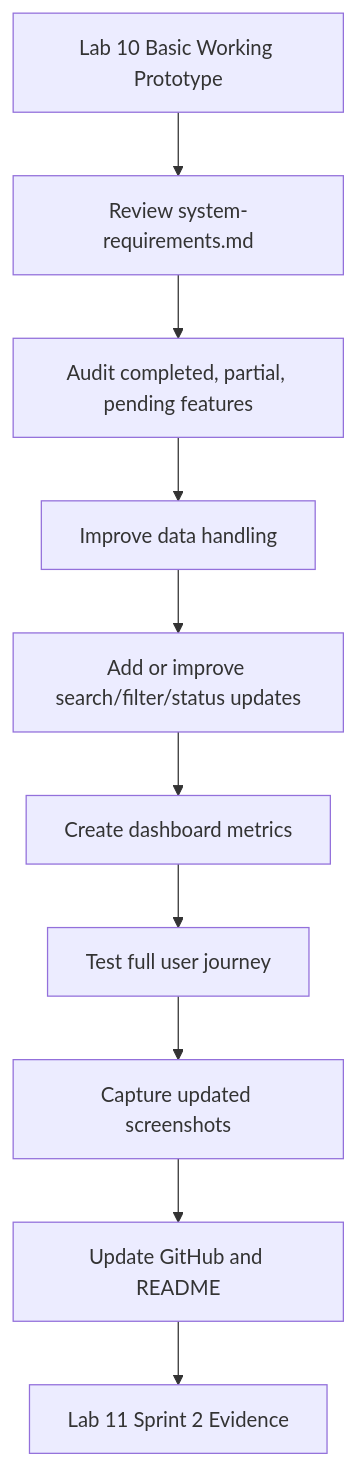
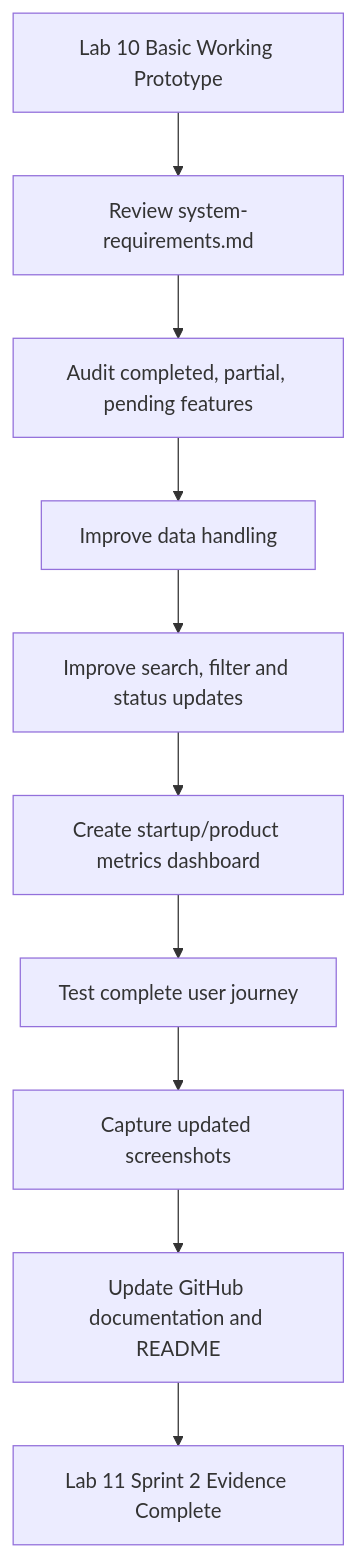
One commit to thihakyawlin762-alt/ICT105-Plum0-MVP changed the diagram in diagrams/implementation-metrics-flow .mmd. Above: the diagram before and after it, drawn with Mermaid. The commit also changed other lines of this file, not shown here.

Commit message:
Update implementation-metrics-flow .mmd

````diff
--- a/diagrams/implementation-metrics-flow .mmd
+++ b/diagrams/implementation-metrics-flow .mmd
@@ -24,12 +1,10 @@
-```mermaid
 flowchart TD
     A[Lab 10 Basic Working Prototype] --> B[Review system-requirements.md]
     B --> C[Audit completed, partial, pending features]
     C --> D[Improve data handling]
-    D --> E[Add or improve search/filter/status updates]
-    E --> F[Create dashboard metrics]
-    F --> G[Test full user journey]
+    D --> E[Improve search, filter and status updates]
+    E --> F[Create startup/product metrics dashboard]
+    F --> G[Test complete user journey]
     G --> H[Capture updated screenshots]
-    H --> I[Update GitHub and README]
-    I --> J[Lab 11 Sprint 2 Evidence]
-```
+    H --> I[Update GitHub documentation and README]
+    I --> J[Lab 11 Sprint 2 Evidence Complete]
````
